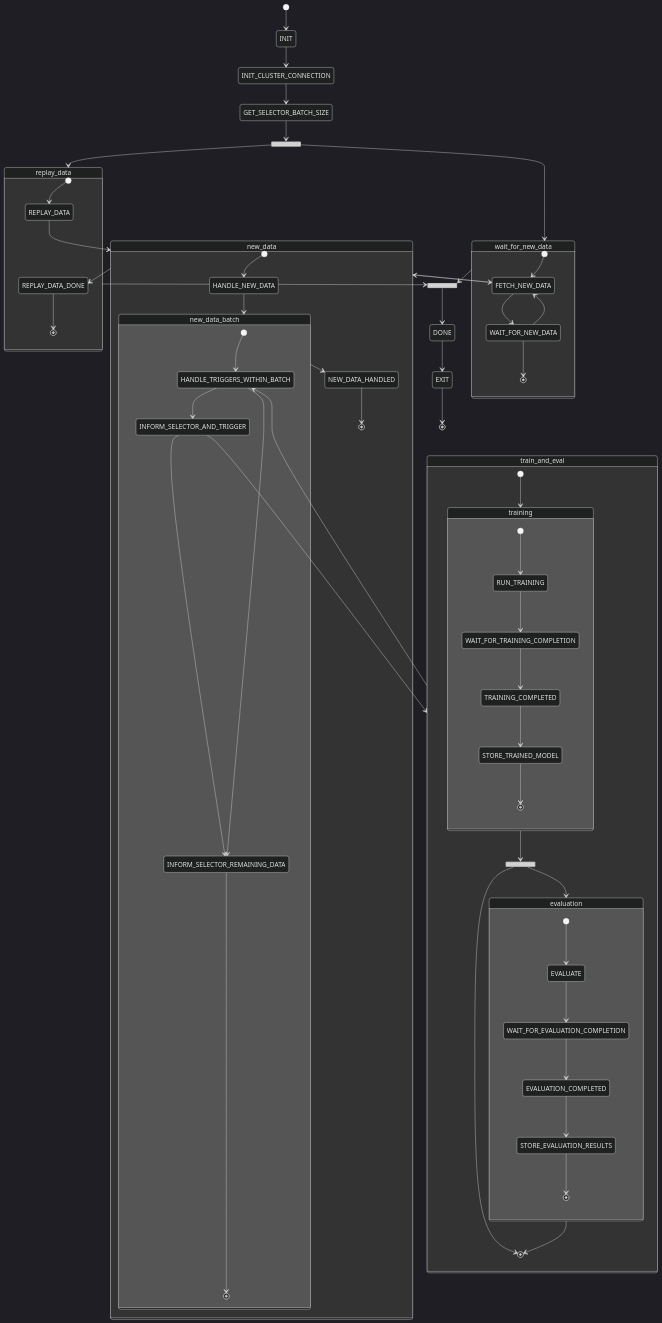
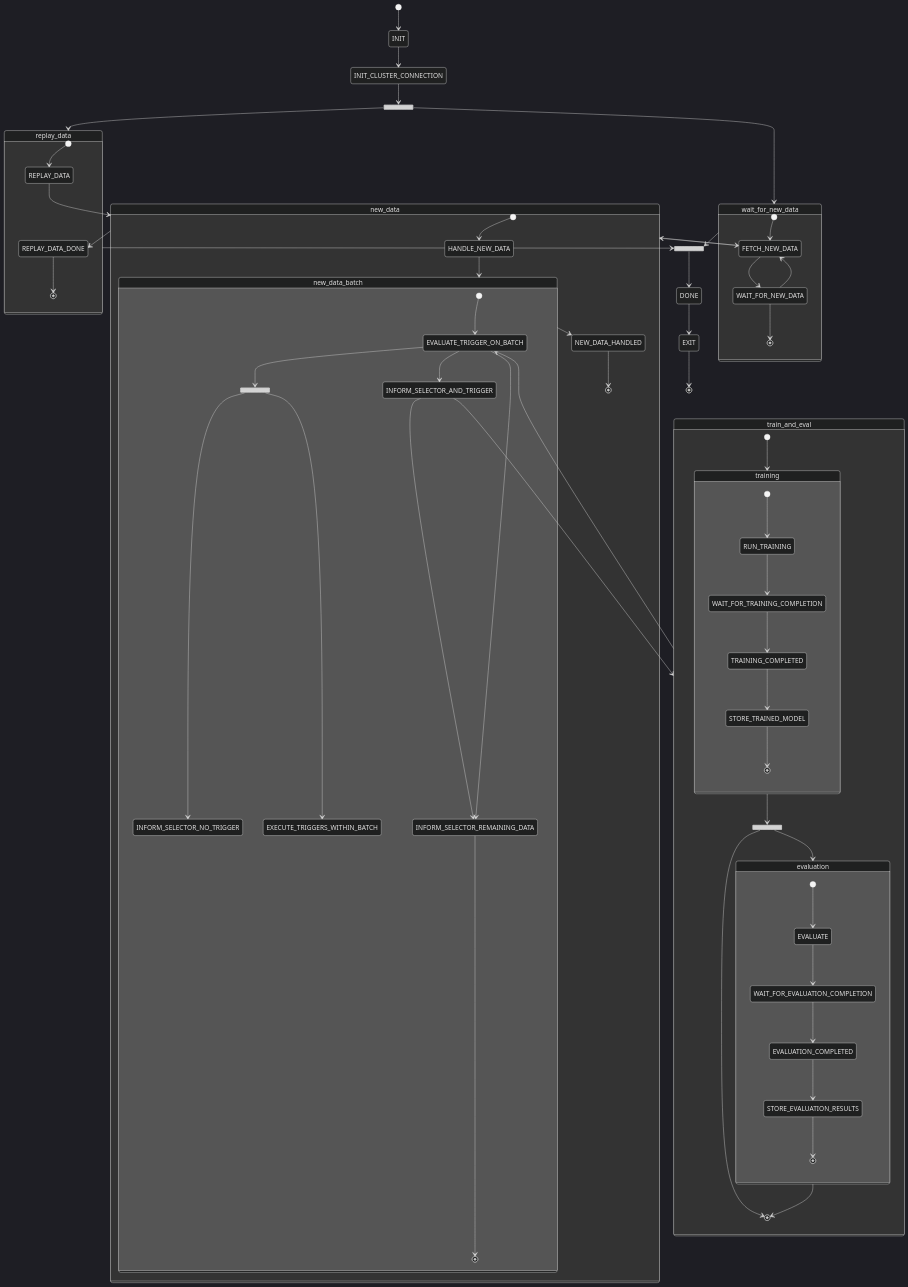
One commit to eth-easl/modyn changed the diagram in modyn/supervisor/internal/pipeline_executor/PIPELINE.md. Above: the diagram before and after it, drawn with Mermaid (dark theme). The commit also changed 5 other files, not shown here.

````diff
--- a/modyn/supervisor/internal/pipeline_executor/PIPELINE.md
+++ b/modyn/supervisor/internal/pipeline_executor/PIPELINE.md
@@ -12,70 +12,75 @@
 ```mermaid
 stateDiagram-v2
     [*] --> INIT
     INIT --> INIT_CLUSTER_CONNECTION
-    INIT_CLUSTER_CONNECTION --> GET_SELECTOR_BATCH_SIZE
     state fork_state <<fork>>
-        GET_SELECTOR_BATCH_SIZE --> fork_state
+        INIT_CLUSTER_CONNECTION --> fork_state
         fork_state --> replay_data
         fork_state --> wait_for_new_data
         state replay_data {
             [*] --> REPLAY_DATA
             REPLAY_DATA_DONE --> [*]
         }
         REPLAY_DATA --> new_data
         new_data --> REPLAY_DATA_DONE
         state wait_for_new_data {
             [*] --> FETCH_NEW_DATA
             FETCH_NEW_DATA --> WAIT_FOR_NEW_DATA
             WAIT_FOR_NEW_DATA --> FETCH_NEW_DATA
             WAIT_FOR_NEW_DATA --> [*]
         }
         state join_state <<join>>
         replay_data --> join_state
         wait_for_new_data --> join_state
         join_state --> DONE
     FETCH_NEW_DATA --> new_data
     new_data --> FETCH_NEW_DATA
     state train_and_eval {
         [*] --> training
         state post_train <<fork>>
             state training {
                 [*] --> RUN_TRAINING
                 RUN_TRAINING --> WAIT_FOR_TRAINING_COMPLETION
                 WAIT_FOR_TRAINING_COMPLETION --> 
                 TRAINING_COMPLETED
                 TRAINING_COMPLETED --> STORE_TRAINED_MODEL
                 STORE_TRAINED_MODEL --> [*]
             }
             training --> post_train
             state evaluation {
                 [*] --> EVALUATE
                 EVALUATE --> WAIT_FOR_EVALUATION_COMPLETION
                 WAIT_FOR_EVALUATION_COMPLETION --> EVALUATION_COMPLETED
                 EVALUATION_COMPLETED --> STORE_EVALUATION_RESULTS
                 STORE_EVALUATION_RESULTS --> [*]
             }
             post_train --> evaluation
             post_train --> [*]
         evaluation --> [*]
     }
     state new_data {
         [*] --> HANDLE_NEW_DATA
         HANDLE_NEW_DATA --> new_data_batch
         state new_data_batch {
-            [*] --> HANDLE_TRIGGERS_WITHIN_BATCH
-            HANDLE_TRIGGERS_WITHIN_BATCH --> INFORM_SELECTOR_AND_TRIGGER
-            HANDLE_TRIGGERS_WITHIN_BATCH --> INFORM_SELECTOR_REMAINING_DATA
+            [*] --> EVALUATE_TRIGGER_ON_BATCH
+
+            state trigger_decision <<join>>
+            EVALUATE_TRIGGER_ON_BATCH --> trigger_decision
+            trigger_decision --> INFORM_SELECTOR_NO_TRIGGER
+            trigger_decision --> EXECUTE_TRIGGERS_WITHIN_BATCH
+
+            EVALUATE_TRIGGER_ON_BATCH --> INFORM_SELECTOR_AND_TRIGGER
+            EVALUATE_TRIGGER_ON_BATCH --> INFORM_SELECTOR_REMAINING_DATA
             INFORM_SELECTOR_AND_TRIGGER --> INFORM_SELECTOR_REMAINING_DATA
             INFORM_SELECTOR_REMAINING_DATA --> [*]
         }
         new_data_batch --> NEW_DATA_HANDLED
         NEW_DATA_HANDLED --> [*]
     }
 
     INFORM_SELECTOR_AND_TRIGGER --> train_and_eval
-    train_and_eval --> HANDLE_TRIGGERS_WITHIN_BATCH
+    train_and_eval --> EVALUATE_TRIGGER_ON_BATCH
     
     DONE --> EXIT
     EXIT --> [*]
 ```
````
